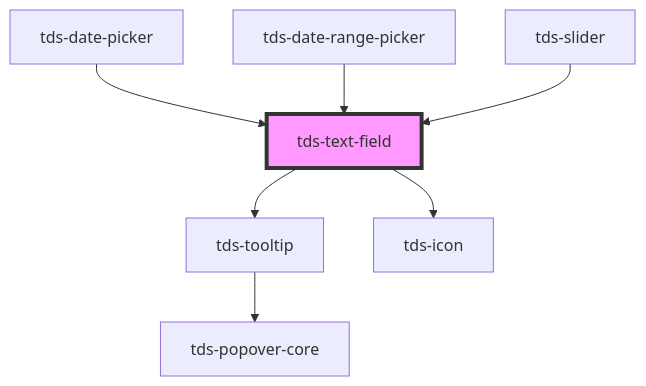
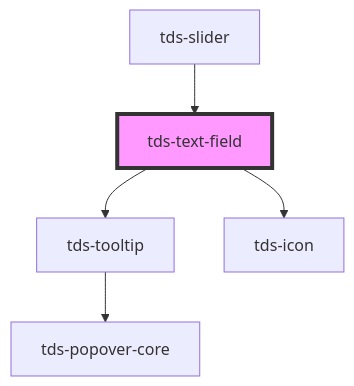
Before and after one commit to scania-digital-design-system/tegel: the diagram in packages/core/src/components/text-field/readme.md, drawn with Mermaid. The commit also changed other lines of this file and 78 other files, not shown here.

````diff
--- a/packages/core/src/components/text-field/readme.md
+++ b/packages/core/src/components/text-field/readme.md
@@ -80,10 +78,8 @@
 ```mermaid
 graph TD;
   tds-text-field --> tds-tooltip
   tds-text-field --> tds-icon
   tds-tooltip --> tds-popover-core
-  tds-date-picker --> tds-text-field
-  tds-date-range-picker --> tds-text-field
   tds-slider --> tds-text-field
   style tds-text-field fill:#f9f,stroke:#333,stroke-width:4px
 ```
````
